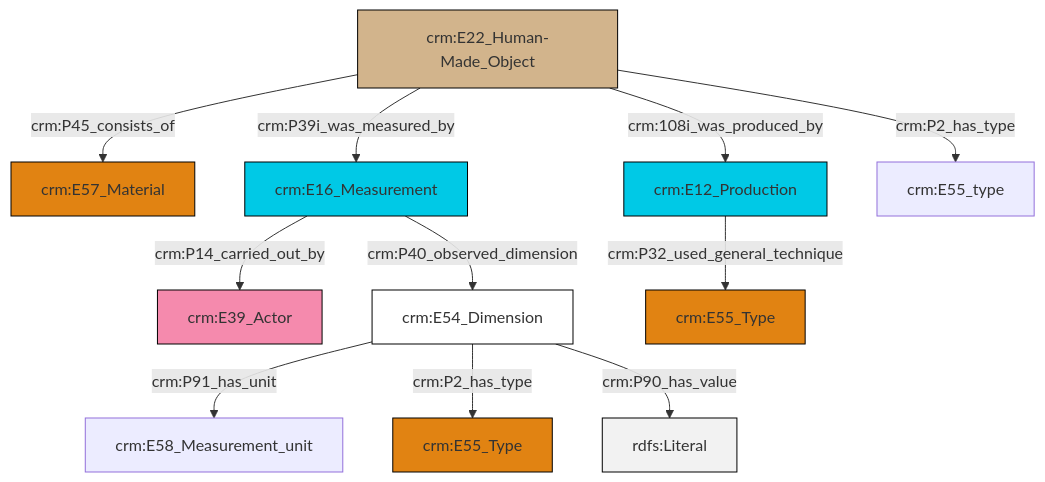
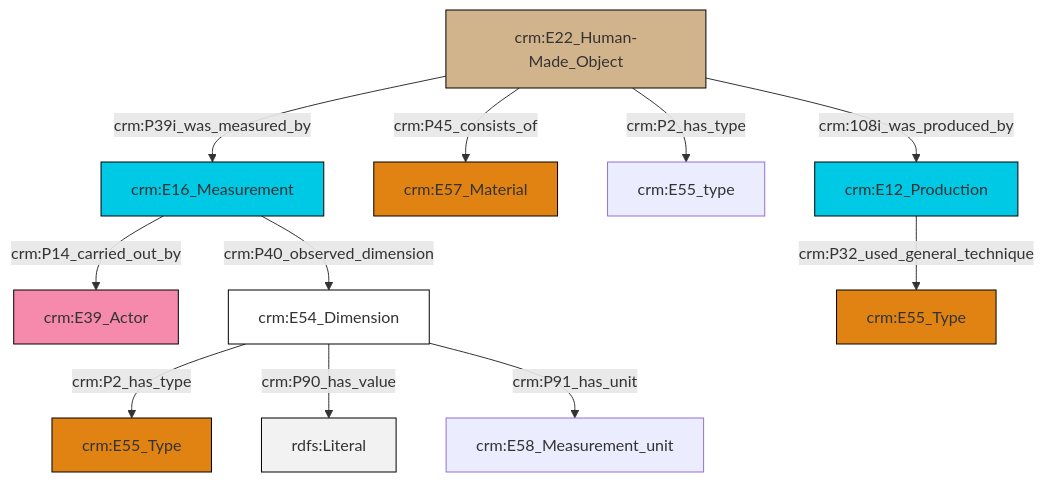
Before and after one commit to swiss-art-research-net/reference-data-models: the diagram in et/artworkCSV/ttl/mmd/Artwork_substance.ttl.mmd, drawn with Mermaid. The commit also changed 124 other files, not shown here.

```diff
--- a/et/artworkCSV/ttl/mmd/Artwork_substance.ttl.mmd
+++ b/et/artworkCSV/ttl/mmd/Artwork_substance.ttl.mmd
@@ -1,25 +1,25 @@
 graph TD
 classDef Literal fill:#f2f2f2,stroke:#000000;
 classDef CRM_Entity fill:#FFFFFF,stroke:#000000;
 classDef Temporal_Entity fill:#00C9E6, stroke:#000000;
 classDef Type fill:#E18312, stroke:#000000;
 classDef Time-Span fill:#2C9C91, stroke:#000000;
 classDef Appellation fill:#FFEB7F, stroke:#000000;
 classDef Place fill:#008836, stroke:#000000;
 classDef Persistent_Item fill:#B266B2, stroke:#000000;
 classDef Conceptual_Object fill:#FFD700, stroke:#000000;
 classDef Physical_Thing fill:#D2B48C, stroke:#000000;
 classDef Actor fill:#f58aad, stroke:#000000;
 classDef PC_Classes fill:#4ce600, stroke:#000000;
 classDef Multi fill:#cccccc,stroke:#000000;
 
-0["crm:E22_Human-Made_Object"]:::Physical_Thing -->|crm:P45_consists_of| 1["crm:E57_Material"]:::Type
-0["crm:E22_Human-Made_Object"]:::Physical_Thing -->|crm:108i_was_produced_by| 4["crm:E12_Production"]:::Temporal_Entity
-5["crm:E16_Measurement"]:::Temporal_Entity -->|crm:P14_carried_out_by| 6["crm:E39_Actor"]:::Actor
-0["crm:E22_Human-Made_Object"]:::Physical_Thing -->|crm:P2_has_type| 7["crm:E55_type"]:::Default
-8["crm:E54_Dimension"]:::CRM_Entity -->|crm:P91_has_unit| 2["crm:E58_Measurement_unit"]:::Default
-0["crm:E22_Human-Made_Object"]:::Physical_Thing -->|crm:P39i_was_measured_by| 5["crm:E16_Measurement"]:::Temporal_Entity
-5["crm:E16_Measurement"]:::Temporal_Entity -->|crm:P40_observed_dimension| 8["crm:E54_Dimension"]:::CRM_Entity
-4["crm:E12_Production"]:::Temporal_Entity -->|crm:P32_used_general_technique| 11["crm:E55_Type"]:::Type
-8["crm:E54_Dimension"]:::CRM_Entity -->|crm:P2_has_type| 12["crm:E55_Type"]:::Type
-8["crm:E54_Dimension"]:::CRM_Entity -->|crm:P90_has_value| 20[rdfs:Literal]:::Literal
+2["crm:E22_Human-Made_Object"]:::Physical_Thing -->|crm:P45_consists_of| 3["crm:E57_Material"]:::Type
+2["crm:E22_Human-Made_Object"]:::Physical_Thing -->|crm:P2_has_type| 6["crm:E55_type"]:::Default
+2["crm:E22_Human-Made_Object"]:::Physical_Thing -->|crm:108i_was_produced_by| 0["crm:E12_Production"]:::Temporal_Entity
+10["crm:E16_Measurement"]:::Temporal_Entity -->|crm:P40_observed_dimension| 11["crm:E54_Dimension"]:::CRM_Entity
+10["crm:E16_Measurement"]:::Temporal_Entity -->|crm:P14_carried_out_by| 4["crm:E39_Actor"]:::Actor
+2["crm:E22_Human-Made_Object"]:::Physical_Thing -->|crm:P39i_was_measured_by| 10["crm:E16_Measurement"]:::Temporal_Entity
+11["crm:E54_Dimension"]:::CRM_Entity -->|crm:P2_has_type| 16["crm:E55_Type"]:::Type
+0["crm:E12_Production"]:::Temporal_Entity -->|crm:P32_used_general_technique| 13["crm:E55_Type"]:::Type
+11["crm:E54_Dimension"]:::CRM_Entity -->|crm:P90_has_value| 18[rdfs:Literal]:::Literal
+11["crm:E54_Dimension"]:::CRM_Entity -->|crm:P91_has_unit| 8["crm:E58_Measurement_unit"]:::Default
```
